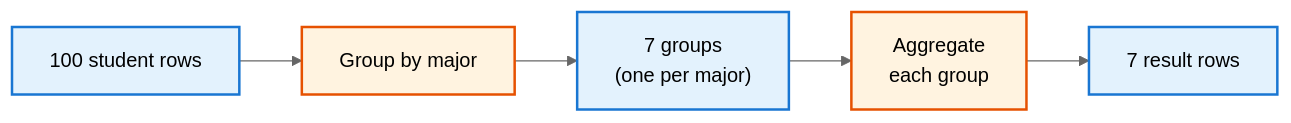
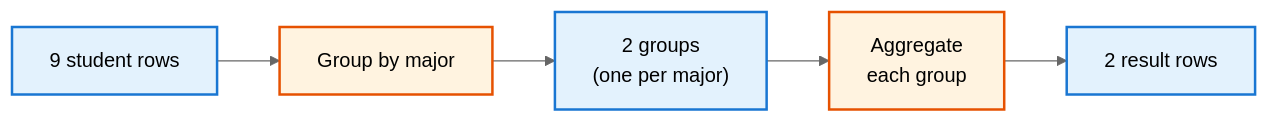
One commit to ufdatastudio/cop5725fa26 changed the second of 4 diagrams in lecture-outlines/day12-aggregation/slides.md. Above: the diagram before and after it, drawn with Mermaid (neutral theme). The commit also changed other lines of this file and 33 other files, not shown here.

````diff
--- a/lecture-outlines/day12-aggregation/slides.md
+++ b/lecture-outlines/day12-aggregation/slides.md
@@ -148,11 +147,11 @@
 ```mermaid
 graph LR
-  R["100 student rows"] --> G["Group by major"]
-  G --> M["7 groups<br/>(one per major)"]
+  R["9 student rows"] --> G["Group by major"]
+  G --> M["2 groups<br/>(one per major)"]
   M --> A["Aggregate<br/>each group"]
-  A --> O["7 result rows"]
+  A --> O["2 result rows"]
   classDef rows fill:#e3f2fd,stroke:#1976d2,stroke-width:2px
   classDef proc fill:#fff3e0,stroke:#e65100,stroke-width:2px
   class R,M,O rows
   class G,A proc
 ```
````
